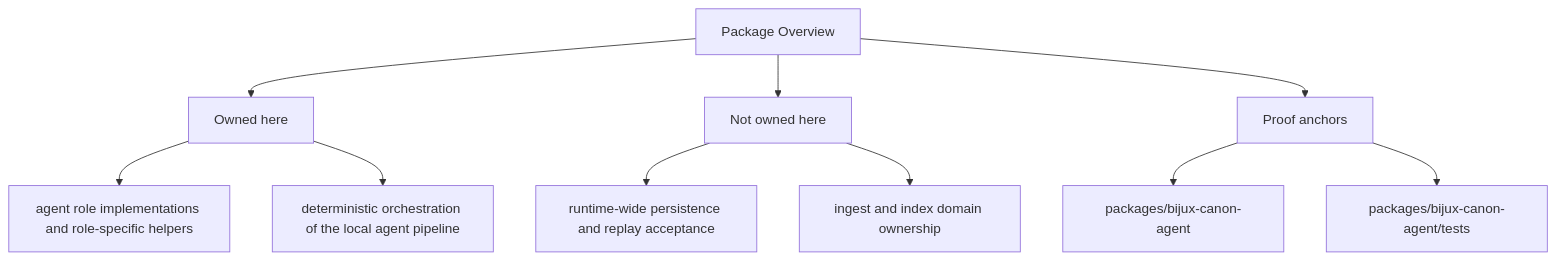
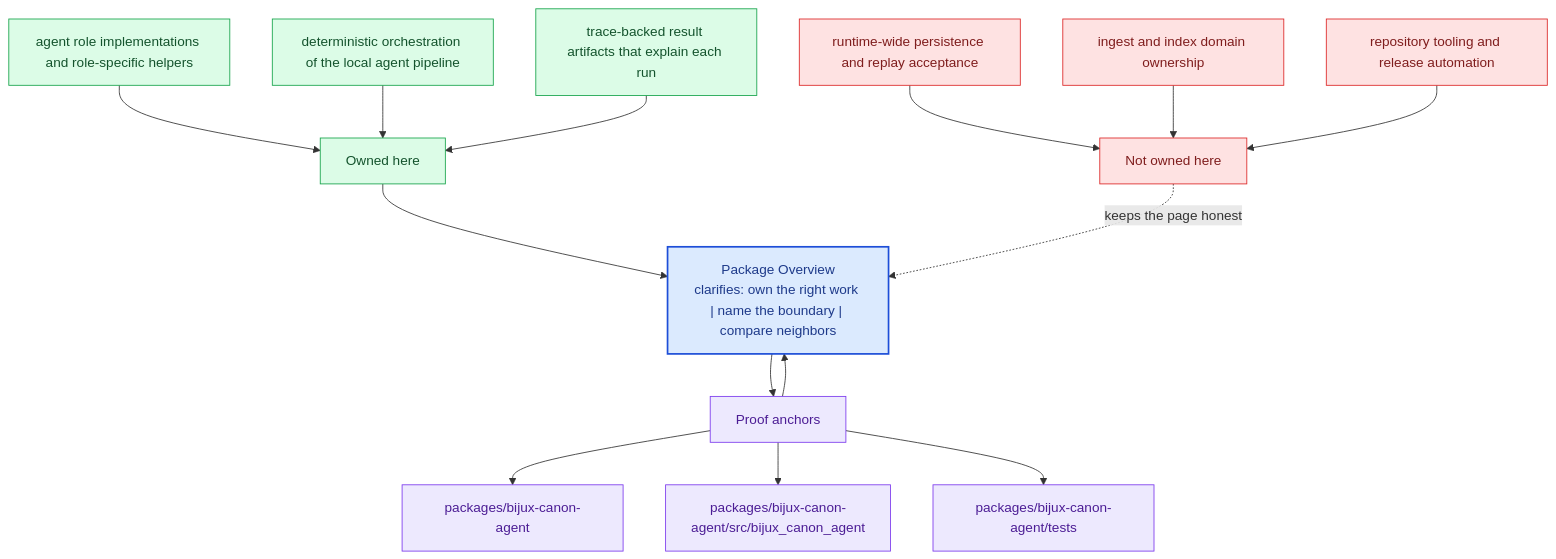
One commit to bijux/bijux-canon changed the second of 2 diagrams in docs/bijux-canon-agent/foundation/package-overview.md. Above: the diagram before and after it, drawn with Mermaid. The commit also changed other lines of this file and 281 other files, not shown here.

Commit message:
docs(diagrams): deepen handbook mermaid maps across the catalog

````diff
--- a/docs/bijux-canon-agent/foundation/package-overview.md
+++ b/docs/bijux-canon-agent/foundation/package-overview.md
@@ -35,22 +68,40 @@
 ```mermaid
-flowchart TD
-    page["Package Overview"]
+flowchart TB
+    promise["Package Overview<br/>clarifies: own the right work | name the boundary | compare neighbors"]
+    classDef promise fill:#dbeafe,stroke:#1d4ed8,color:#1e3a8a,stroke-width:2px;
+    classDef driver fill:#dcfce7,stroke:#16a34a,color:#14532d;
+    classDef constraint fill:#fee2e2,stroke:#dc2626,color:#7f1d1d;
+    classDef ground fill:#ede9fe,stroke:#7c3aed,color:#4c1d95;
     focus1["Owned here"]
-    page --> focus1
+    focus1 --> promise
     focus1_1["agent role implementations and role-specific helpers"]
-    focus1 --> focus1_1
+    focus1_1 --> focus1
     focus1_2["deterministic orchestration of the local agent pipeline"]
-    focus1 --> focus1_2
+    focus1_2 --> focus1
+    focus1_3["trace-backed result artifacts that explain each run"]
+    focus1_3 --> focus1
+    class focus1 driver;
+    class focus1_1,focus1_2,focus1_3 driver;
     focus2["Not owned here"]
-    page --> focus2
+    focus2 -.keeps the page honest.-> promise
     focus2_1["runtime-wide persistence and replay acceptance"]
-    focus2 --> focus2_1
+    focus2_1 --> focus2
     focus2_2["ingest and index domain ownership"]
-    focus2 --> focus2_2
+    focus2_2 --> focus2
+    focus2_3["repository tooling and release automation"]
+    focus2_3 --> focus2
+    class focus2 constraint;
+    class focus2_1,focus2_2,focus2_3 constraint;
     focus3["Proof anchors"]
-    page --> focus3
+    focus3 --> promise
+    promise --> focus3
     focus3_1["packages/bijux-canon-agent"]
     focus3 --> focus3_1
-    focus3_2["packages/bijux-canon-agent/tests"]
+    focus3_2["packages/bijux-canon-agent/src/bijux_canon_agent"]
     focus3 --> focus3_2
+    focus3_3["packages/bijux-canon-agent/tests"]
+    focus3 --> focus3_3
+    class focus3 ground;
+    class focus3_1,focus3_2,focus3_3 ground;
+    class promise promise;
 ```
````
